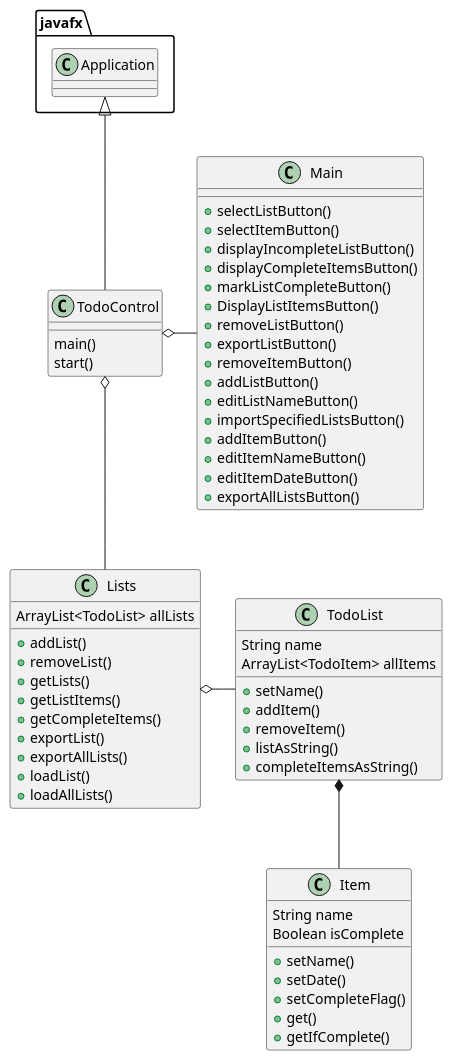
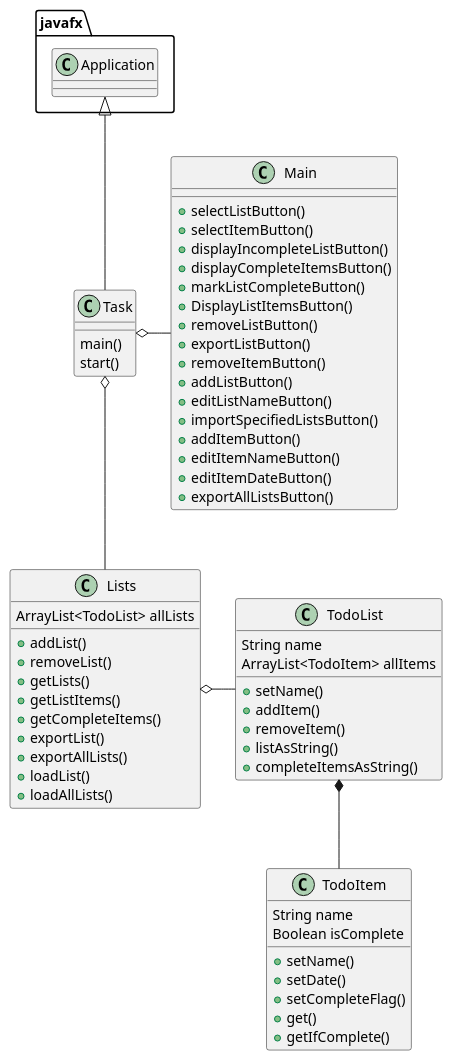
The diagram in uml/classDiagram.puml (tkommoju3/kommoju-cop3330-assignment4), drawn with PlantUML before and after one commit.

```diff
--- a/uml/classDiagram.puml
+++ b/uml/classDiagram.puml
@@ -1,69 +1,69 @@
 @startuml
 'https://plantuml.com/class-diagram
 
-class TodoControl{
+class Task{
     main()
     start()
 }
 
 class Main{
     +selectListButton()
     +selectItemButton()
     +displayIncompleteListButton()
     +displayCompleteItemsButton()
     +markListCompleteButton()
     +DisplayListItemsButton()
     +removeListButton()
     +exportListButton()
     +removeItemButton()
     +addListButton()
     +editListNameButton()
     +importSpecifiedListsButton()
     +addItemButton()
     +editItemNameButton()
     +editItemDateButton()
     +exportAllListsButton()
 }
 
 class Lists{
     ArrayList<TodoList> allLists
 
     +addList()
     +removeList()
     +getLists()
     +getListItems()
     +getCompleteItems()
     +exportList()
     +exportAllLists()
     +loadList()
     +loadAllLists()
 }
 
 class TodoList{
     String name
     ArrayList<TodoItem> allItems
 
     +setName()
     +addItem()
     +removeItem()
     +listAsString()
     +completeItemsAsString()
 }
 
-class Item{
+class TodoItem{
     String name
     Boolean isComplete
 
     +setName()
     +setDate()
     +setCompleteFlag()
     +get()
     +getIfComplete()
 }
 
-javafx.Application <|-- TodoControl
-TodoControl o-- Lists
-TodoControl o- Main
-TodoList *-- Item
+javafx.Application <|-- Task
+Task o-- Lists
+Task o- Main
+TodoList *-- TodoItem
 Lists o- TodoList
 @enduml
```
